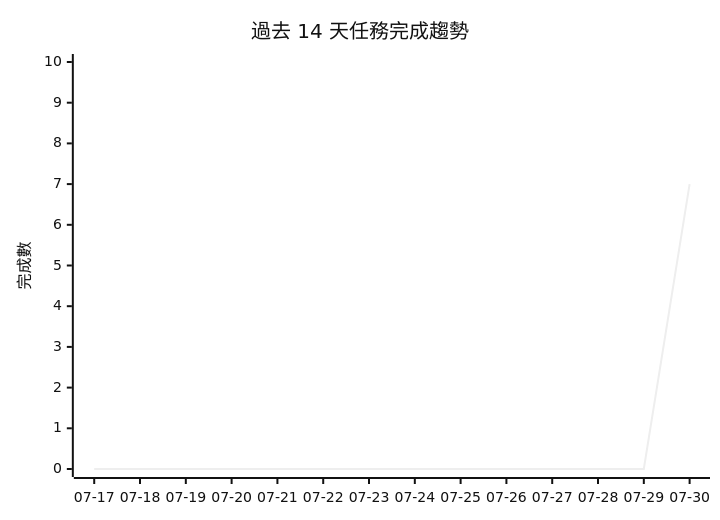
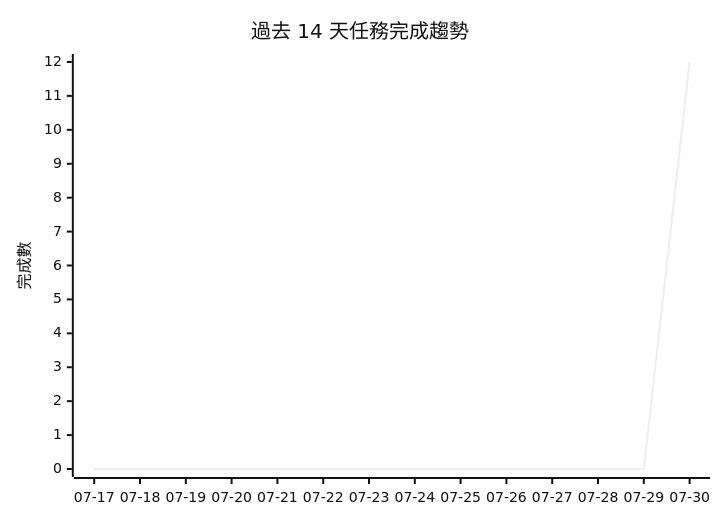
One commit to gentoobreaking/ai-tasks changed the diagram in PROJECTS.md. Above: the diagram before and after it, drawn with Mermaid (neutral theme). The commit also changed other lines of this file and 66 other files, not shown here.

````diff
--- a/PROJECTS.md
+++ b/PROJECTS.md
@@ -129,7 +116,7 @@
 ```mermaid
 xychart-beta
     title "過去 14 天任務完成趨勢"
     x-axis ["07-17", "07-18", "07-19", "07-20", "07-21", "07-22", "07-23", "07-24", "07-25", "07-26", "07-27", "07-28", "07-29", "07-30"]
-    y-axis "完成數" 0 --> 10
-    line [0, 0, 0, 0, 0, 0, 0, 0, 0, 0, 0, 0, 0, 7]
+    y-axis "完成數" 0 --> 12
+    line [0, 0, 0, 0, 0, 0, 0, 0, 0, 0, 0, 0, 0, 12]
 ```
````
